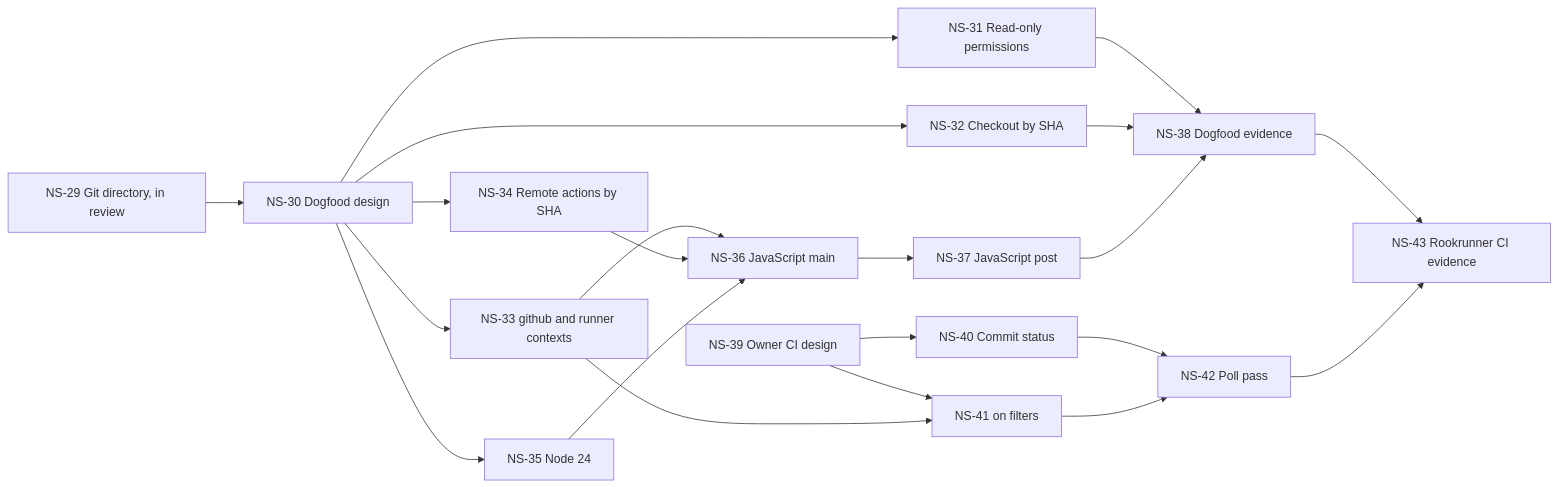
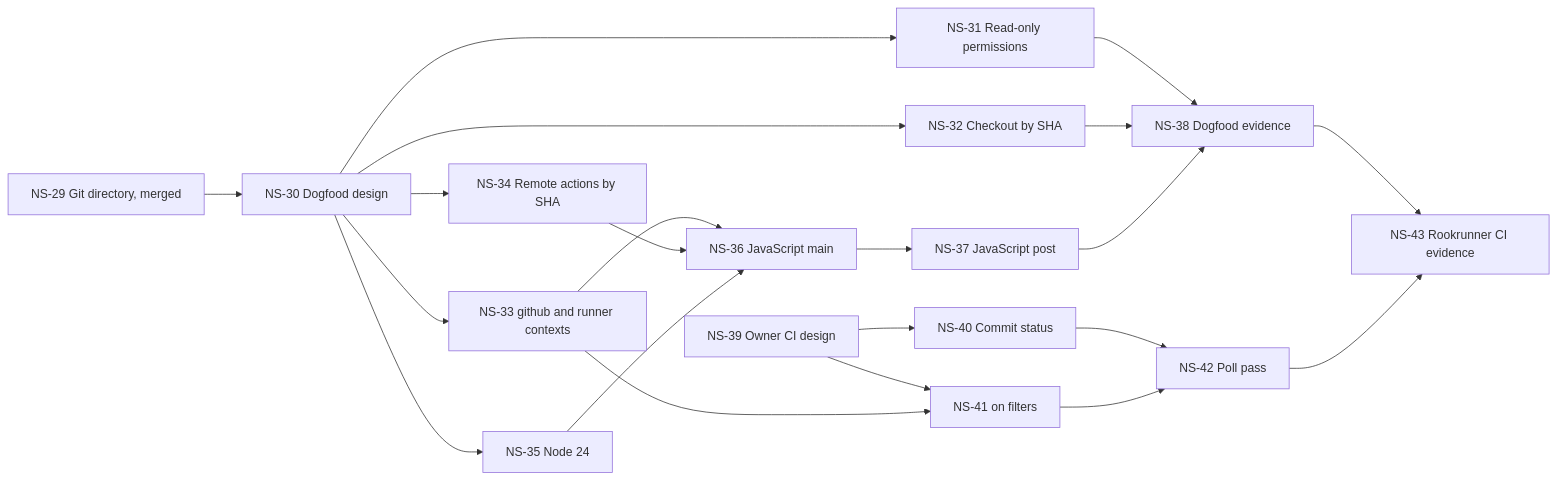
Before and after one commit to moonbase2090/rookrunner: the diagram in docs/planning/next-steps.md, drawn with Mermaid. The commit also changed other lines of this file and 11 other files, not shown here.

First line of the commit message:
Design the check.yml dogfood path.

````diff
--- a/docs/planning/next-steps.md
+++ b/docs/planning/next-steps.md
@@ -1224,23 +1227,23 @@
 ```mermaid
 flowchart LR
-  NS29[NS-29 Git directory, in review] --> NS30[NS-30 Dogfood design]
+  NS29[NS-29 Git directory, merged] --> NS30[NS-30 Dogfood design]
   NS30 --> NS31[NS-31 Read-only permissions]
   NS30 --> NS32[NS-32 Checkout by SHA]
   NS30 --> NS33[NS-33 github and runner contexts]
   NS30 --> NS34[NS-34 Remote actions by SHA]
   NS30 --> NS35[NS-35 Node 24]
   NS33 --> NS36[NS-36 JavaScript main]
   NS34 --> NS36
   NS35 --> NS36
   NS36 --> NS37[NS-37 JavaScript post]
   NS31 --> NS38[NS-38 Dogfood evidence]
   NS32 --> NS38
   NS37 --> NS38
   NS39[NS-39 Owner CI design] --> NS40[NS-40 Commit status]
   NS39 --> NS41[NS-41 on filters]
   NS33 --> NS41
   NS40 --> NS42[NS-42 Poll pass]
   NS41 --> NS42
   NS38 --> NS43[NS-43 Rookrunner CI evidence]
   NS42 --> NS43
 ```
````
